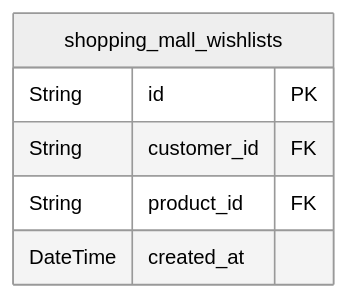
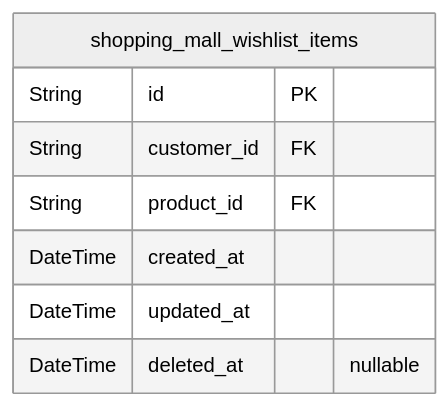
One commit to wrtnlabs/autobe-examples changed the seventh of 14 diagrams in qwen/qwen3.5-397b-a17b/shopping/docs/ERD.md. Above: the diagram before and after it, drawn with Mermaid (neutral theme). The commit also changed other lines of this file and 9017 other files, not shown here.

````diff
--- a/qwen/qwen3.5-397b-a17b/shopping/docs/ERD.md
+++ b/qwen/qwen3.5-397b-a17b/shopping/docs/ERD.md
@@ -916,9 +1068,11 @@
 ```mermaid
 erDiagram
-"shopping_mall_wishlists" {
+"shopping_mall_wishlist_items" {
   String id PK
   String customer_id FK
   String product_id FK
   DateTime created_at
+  DateTime updated_at
+  DateTime deleted_at "nullable"
 }
 ```
````
